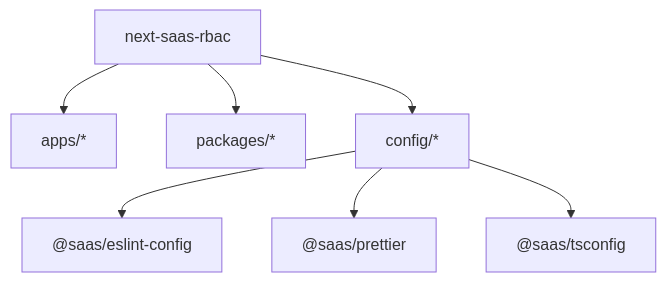
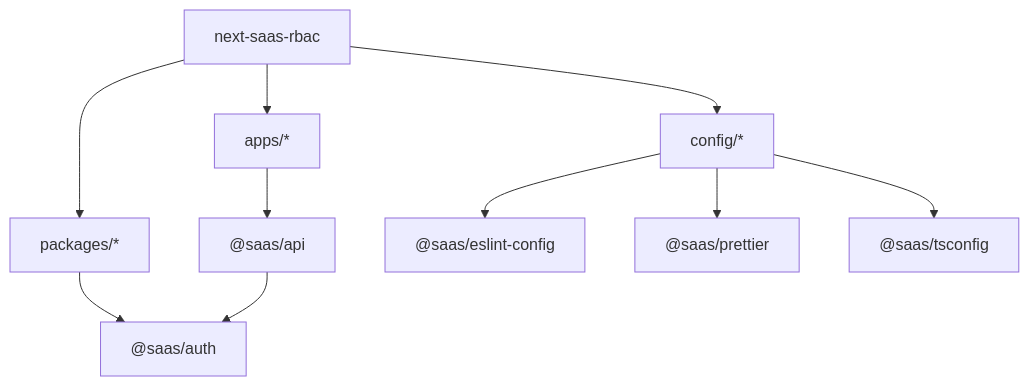
Before and after one commit to lucas62/next-saas-rbac: the diagram in README.md, drawn with Mermaid. The commit also changed other lines of this file, not shown here.

Commit message:
Update README.md to enhance project description, clarify workspace structure, and document new applications and packages. Add details for @saas/api and @saas/auth, including usage examples and role-based permissions.

````diff
--- a/README.md
+++ b/README.md
@@ -52,10 +57,13 @@
 ```mermaid
 flowchart TB
   root[next-saas-rbac]
   root --> apps[apps/*]
   root --> packages[packages/*]
   root --> config[config/*]
+  apps --> api["@saas/api"]
+  packages --> auth["@saas/auth"]
+  api --> auth
   config --> eslint["@saas/eslint-config"]
   config --> prettier["@saas/prettier"]
   config --> tsconfig["@saas/tsconfig"]
 ```
````
